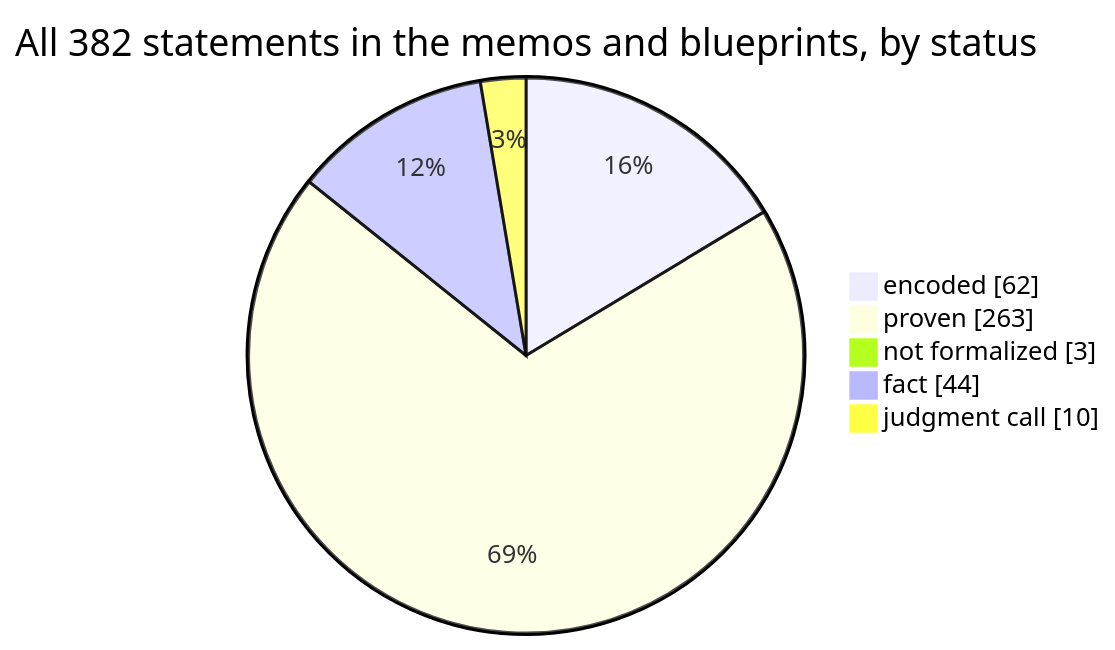
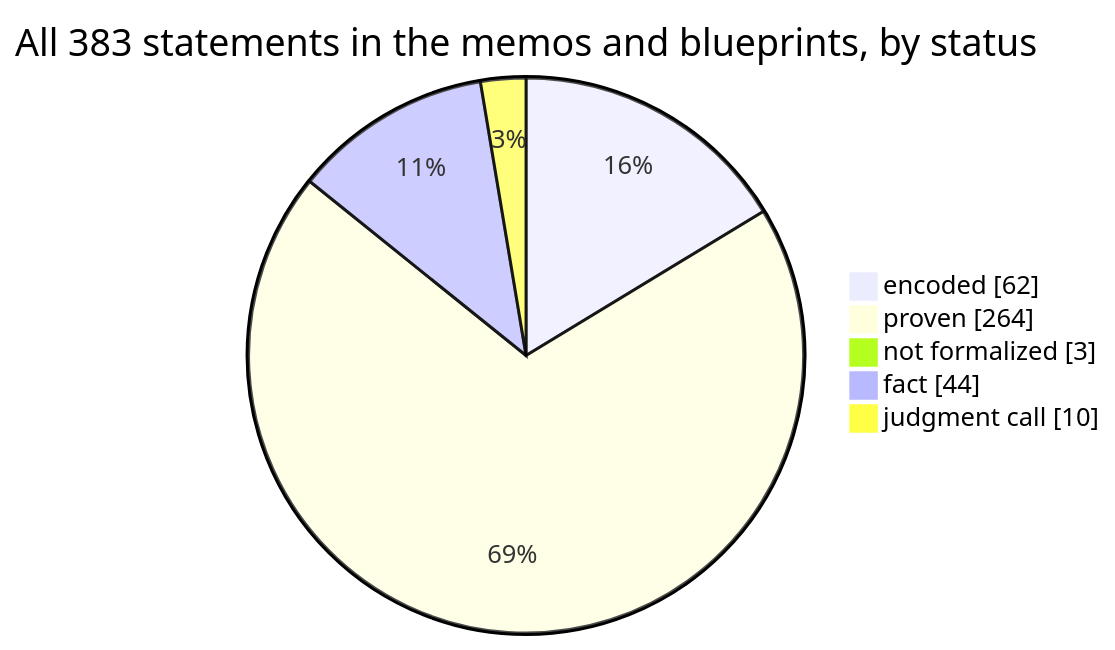
The first of 4 diagrams in docs/graphs/dashboard.md (SeanWMurray/Canteen), drawn with Mermaid before and after one commit. The commit also changed other lines of this file and 14 other files, not shown here.

````diff
--- a/docs/graphs/dashboard.md
+++ b/docs/graphs/dashboard.md
@@ -11,8 +11,8 @@
 ```mermaid
-pie showData title All 382 statements in the memos and blueprints, by status
+pie showData title All 383 statements in the memos and blueprints, by status
     "encoded" : 62
-    "proven" : 263
+    "proven" : 264
     "not formalized" : 3
     "fact" : 44
     "judgment call" : 10
 ```
````
